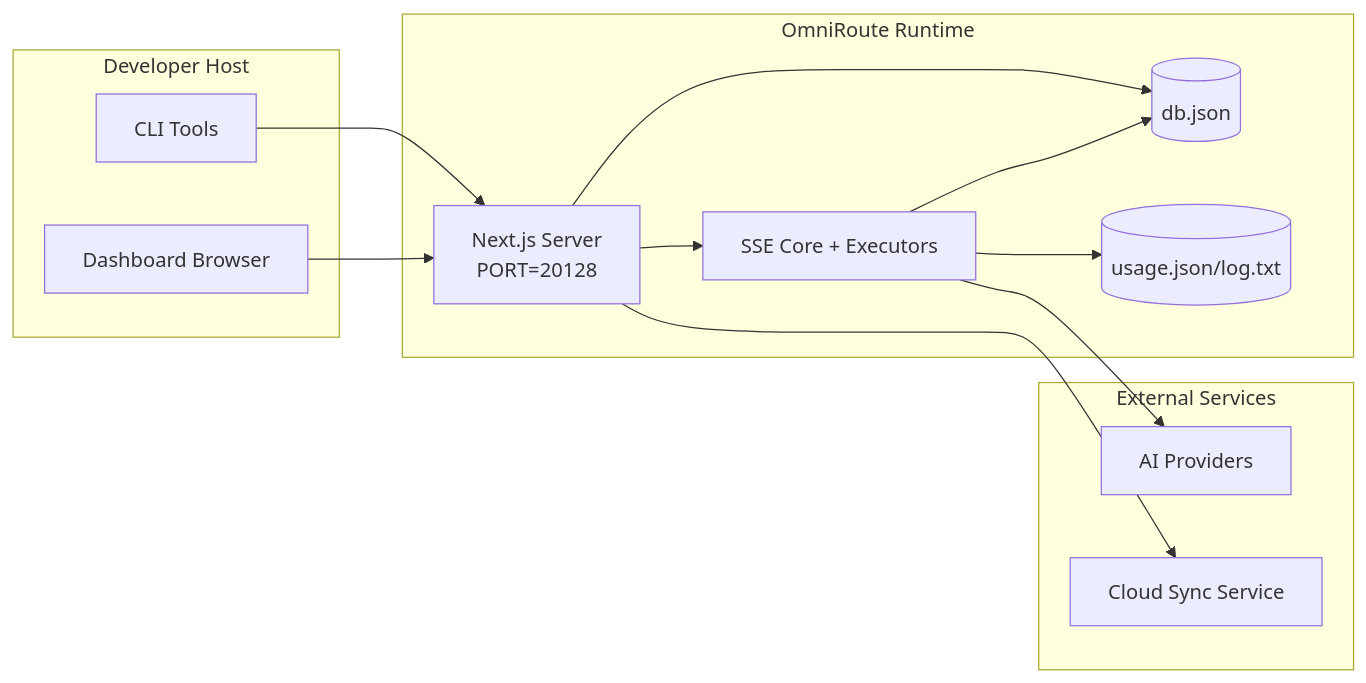
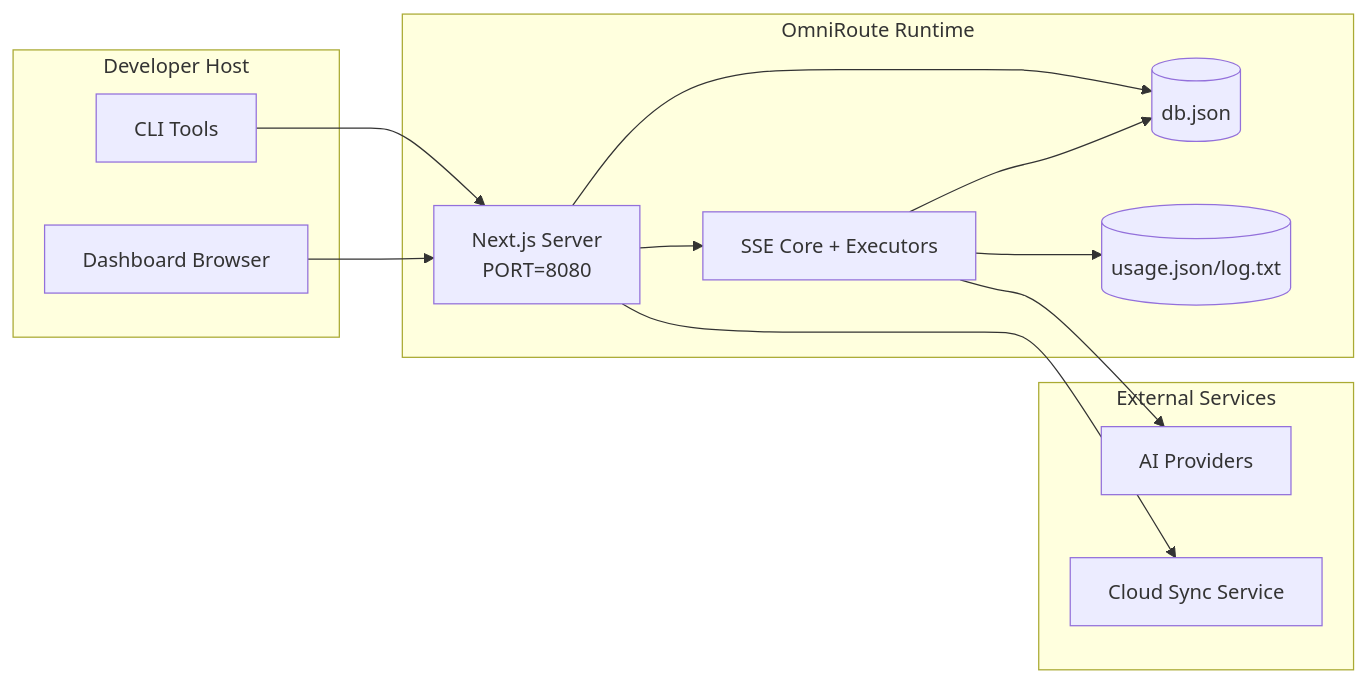
Before and after one commit to shinmentakezo07/OmniRoute: the seventh of 7 diagrams in docs/ARCHITECTURE.md, drawn with Mermaid. The commit also changed other lines of this file and 267 other files, not shown here.

````diff
--- a/docs/ARCHITECTURE.md
+++ b/docs/ARCHITECTURE.md
@@ -513,28 +513,28 @@
 ```mermaid
 flowchart LR
     subgraph LocalHost[Developer Host]
         CLI[CLI Tools]
         Browser[Dashboard Browser]
     end
 
     subgraph ContainerOrProcess[OmniRoute Runtime]
-        Next[Next.js Server\nPORT=20128]
+        Next[Next.js Server\nPORT=8080]
         Core[SSE Core + Executors]
         MainDB[(db.json)]
         UsageDB[(usage.json/log.txt)]
     end
 
     subgraph External[External Services]
         Providers[AI Providers]
         SyncCloud[Cloud Sync Service]
     end
 
     CLI --> Next
     Browser --> Next
     Next --> Core
     Next --> MainDB
     Core --> MainDB
     Core --> UsageDB
     Core --> Providers
     Next --> SyncCloud
 ```
````
